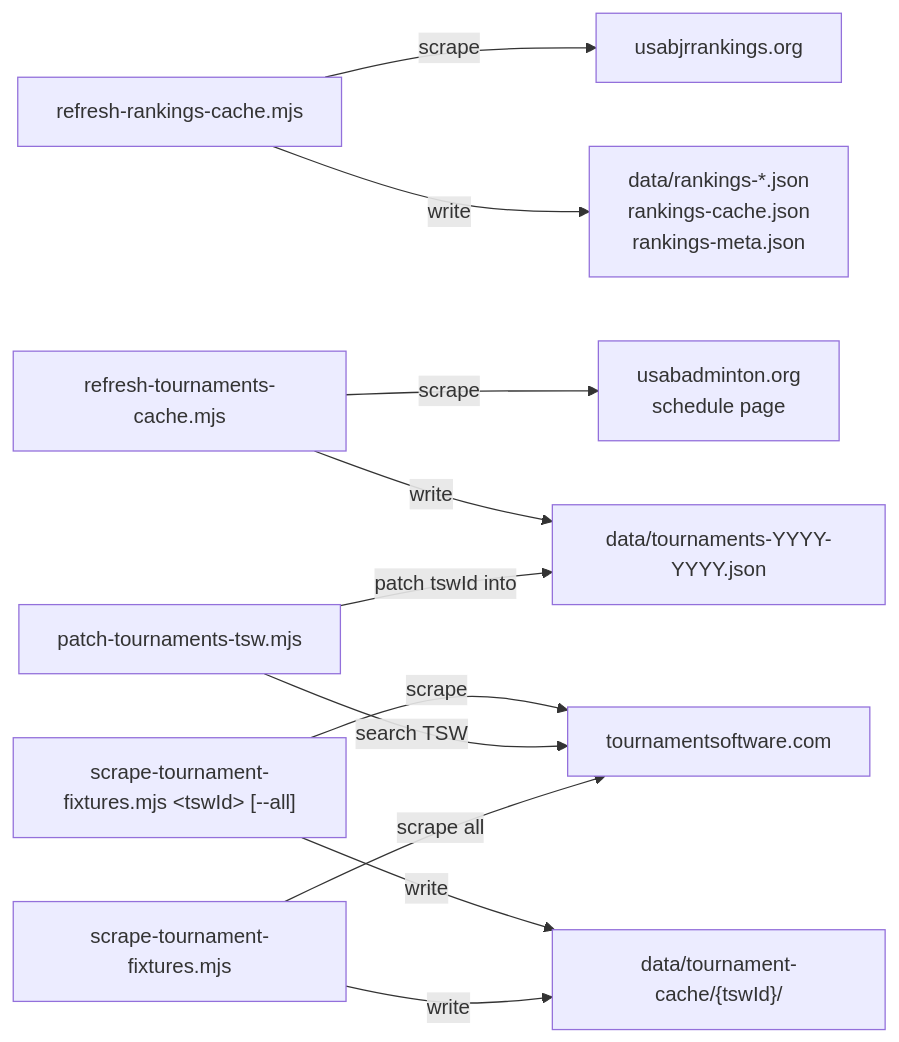
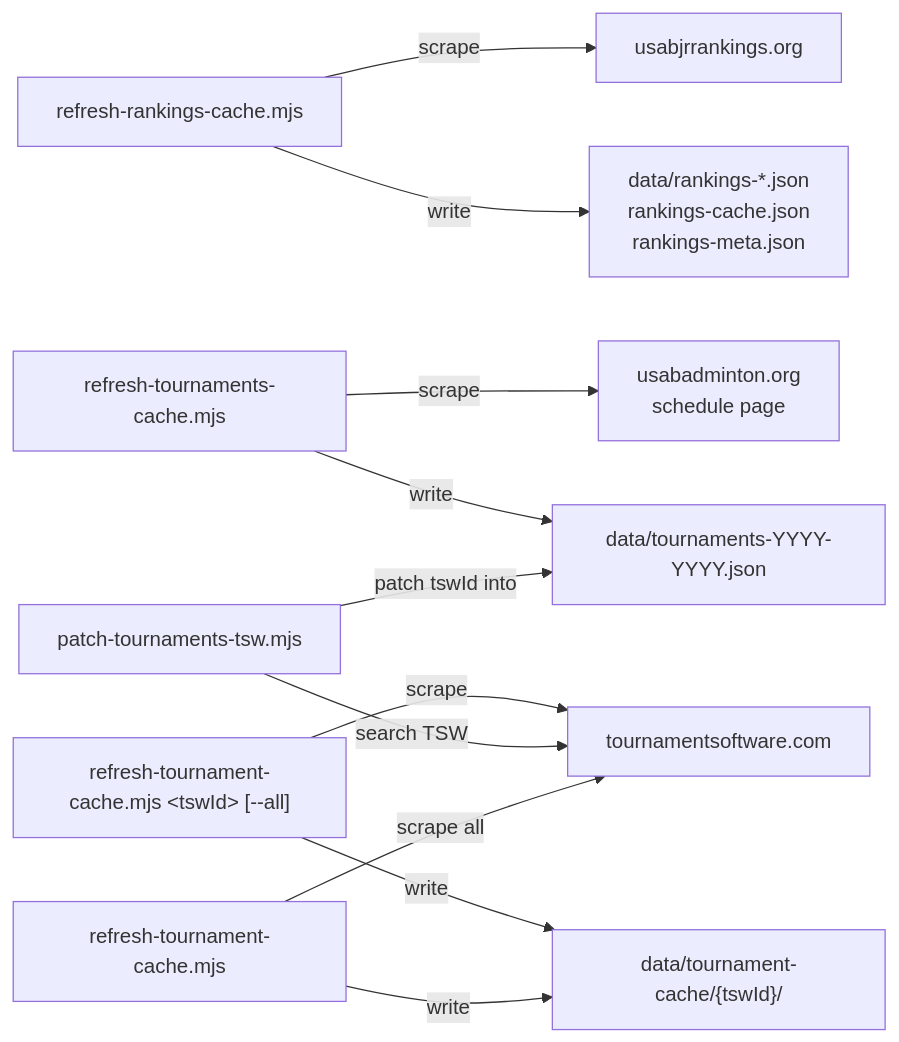
One commit to pookyl/usab-junior changed the second of 3 diagrams in docs/design/architecture.md. Above: the diagram before and after it, drawn with Mermaid. The commit also changed 3 other files, not shown here.

First line of the commit message:
Make tournament cache refresh self-contained.

````diff
--- a/docs/design/architecture.md
+++ b/docs/design/architecture.md
@@ -53,17 +53,17 @@
 ```mermaid
 flowchart LR
     S1["refresh-rankings-cache.mjs"] -->|scrape| USAB["usabjrrankings.org"]
     S1 -->|write| R["data/rankings-*.json<br/>rankings-cache.json<br/>rankings-meta.json"]
 
     S2["refresh-tournaments-cache.mjs"] -->|scrape| USAB2["usabadminton.org<br/>schedule page"]
     S2 -->|write| T["data/tournaments-YYYY-YYYY.json"]
 
-    S3["scrape-tournament-fixtures.mjs &lt;tswId&gt; [--all]"] -->|scrape| TSW["tournamentsoftware.com"]
+    S3["refresh-tournament-cache.mjs &lt;tswId&gt; [--all]"] -->|scrape| TSW["tournamentsoftware.com"]
     S3 -->|write| TC["data/tournament-cache/{tswId}/<br/>detail, draws, matches..."]
 
     S4["patch-tournaments-tsw.mjs"] -->|search TSW| TSW
     S4 -->|patch tswId into| T
 
-    S5["scrape-tournament-fixtures.mjs"] -->|scrape all| TSW
+    S5["refresh-tournament-cache.mjs"] -->|scrape all| TSW
     S5 -->|write| TC["data/tournament-cache/{tswId}/"]
 ```
````
